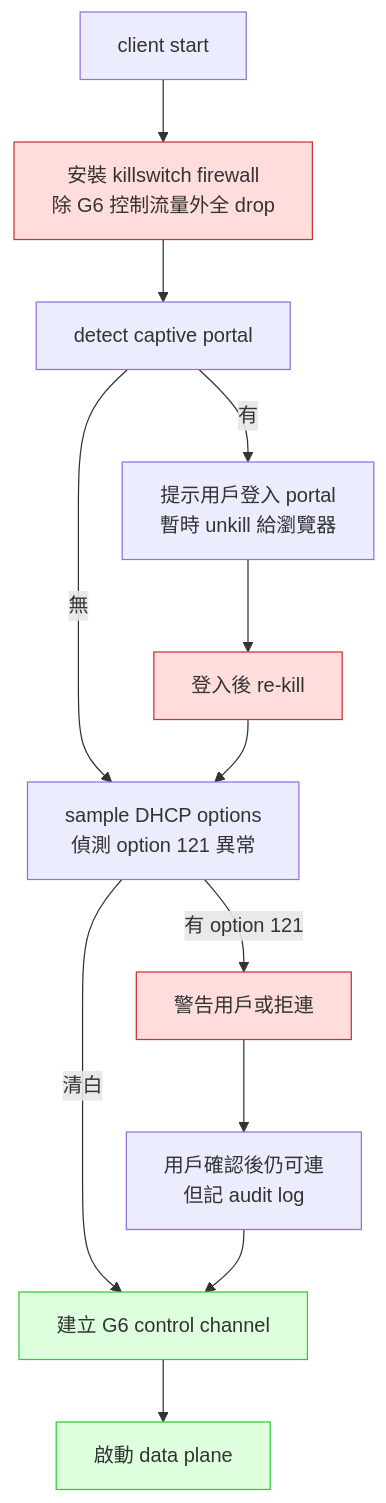
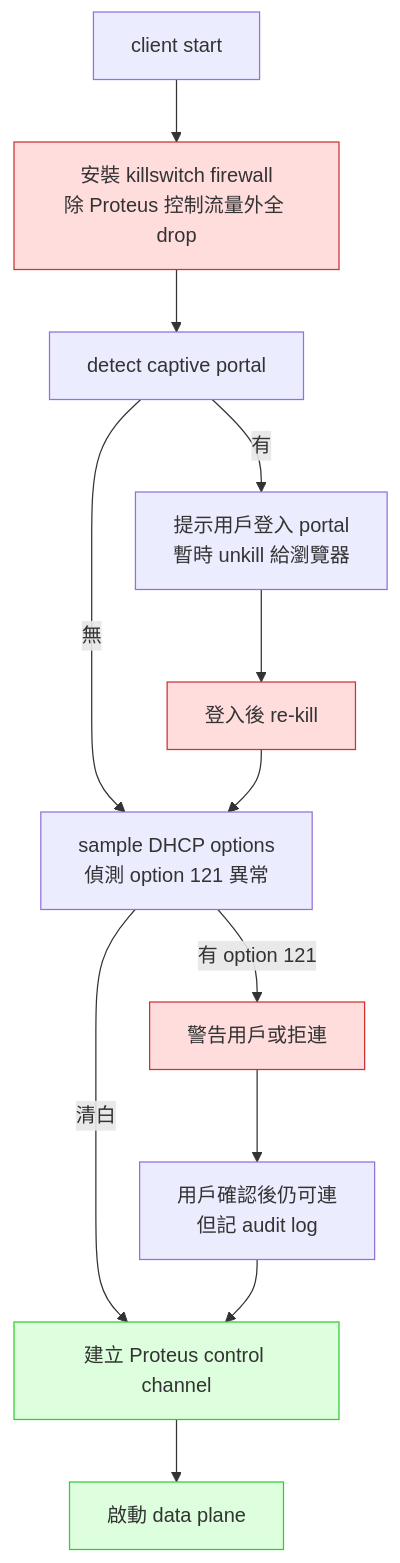
One commit to Icarus603/network-from-scratch changed the diagram in lessons/part-1-networking/1.5-arp-ndp-dhcp.md. Above: the diagram before and after it, drawn with Mermaid. The commit also changed other lines of this file and 300 other files, not shown here.

````diff
--- a/lessons/part-1-networking/1.5-arp-ndp-dhcp.md
+++ b/lessons/part-1-networking/1.5-arp-ndp-dhcp.md
@@ -390,19 +390,19 @@
 ```mermaid
 flowchart TD
-    Boot[client start] --> FW[安裝 killswitch firewall<br/>除 G6 控制流量外全 drop]
+    Boot[client start] --> FW[安裝 killswitch firewall<br/>除 Proteus 控制流量外全 drop]
     FW --> Detect[detect captive portal]
     Detect -->|有| Portal[提示用戶登入 portal<br/>暫時 unkill 給瀏覽器]
     Portal --> ReKill[登入後 re-kill]
     Detect -->|無| RogueCheck[sample DHCP options<br/>偵測 option 121 異常]
     ReKill --> RogueCheck
     RogueCheck -->|有 option 121| Warn[警告用戶或拒連]
-    RogueCheck -->|清白| Connect[建立 G6 control channel]
+    RogueCheck -->|清白| Connect[建立 Proteus control channel]
     Connect --> DataPlane[啟動 data plane]
     Warn --> ManualOverride[用戶確認後仍可連<br/>但記 audit log]
     ManualOverride --> Connect
 
     classDef danger fill:#fdd,stroke:#c33
     classDef safe fill:#dfd,stroke:#3c3
     class FW,ReKill,Warn danger
     class Connect,DataPlane safe
 ```
````
